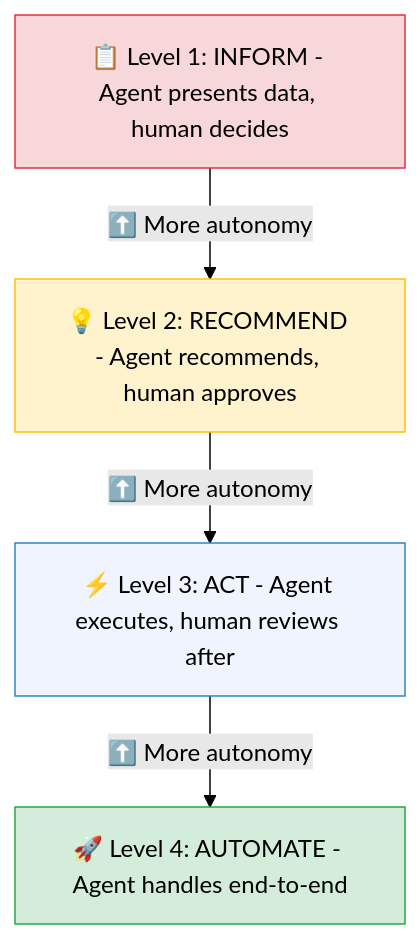
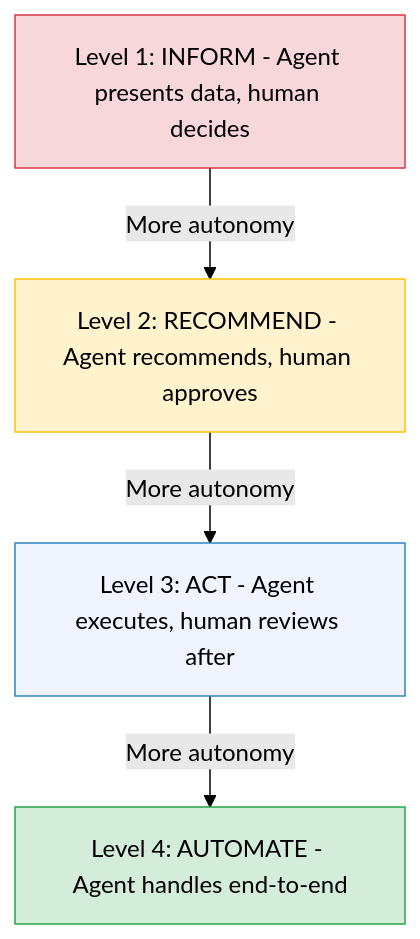
Before and after one commit to ithinktavo/GenAI-Engineering-Handbook: the sixth of 7 diagrams in docs/07-agentic-ai.md, drawn with Mermaid (forest theme). The commit also changed other lines of this file and 10 other files, not shown here.

Commit message:
Diagram updates

````diff
--- a/docs/07-agentic-ai.md
+++ b/docs/07-agentic-ai.md
@@ -222,16 +222,16 @@
 ```mermaid
 graph TD
-    L4["🚀 Level 4: AUTOMATE - Agent handles end-to-end"]
-    L3["⚡ Level 3: ACT - Agent executes, human reviews after"]
-    L2["💡 Level 2: RECOMMEND - Agent recommends, human approves"]
-    L1["📋 Level 1: INFORM - Agent presents data, human decides"]
+    L4["Level 4: AUTOMATE - Agent handles end-to-end"]
+    L3["Level 3: ACT - Agent executes, human reviews after"]
+    L2["Level 2: RECOMMEND - Agent recommends, human approves"]
+    L1["Level 1: INFORM - Agent presents data, human decides"]
 
-    L1 -- "⬆️ More autonomy" --> L2
-    L2 -- "⬆️ More autonomy" --> L3
-    L3 -- "⬆️ More autonomy" --> L4
+    L1 -- "More autonomy" --> L2
+    L2 -- "More autonomy" --> L3
+    L3 -- "More autonomy" --> L4
 
     style L4 fill:#d4edda,stroke:#28a745
     style L3 fill:#f0f4ff,stroke:#2E86C1
     style L2 fill:#fff3cd,stroke:#ffc107
     style L1 fill:#f8d7da,stroke:#dc3545
 ```
````
